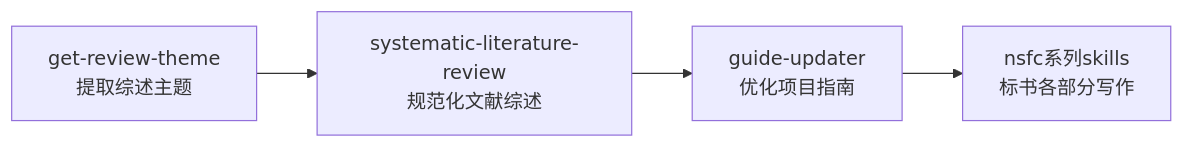
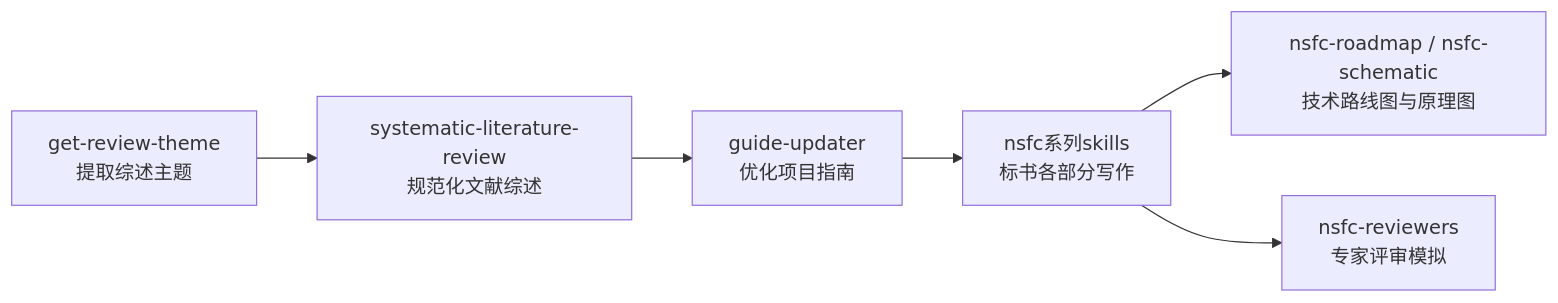
The diagram in skills/README.md (huangwb8/ChineseResearchLaTeX), drawn with Mermaid before and after one commit. The commit also changed other lines of this file and 4 other files, not shown here.

First line of the commit message:
docs(skills): 集成 nsfc-reviewers/nsfc-roadmap/nsfc-schematic 技能文档

````diff
--- a/skills/README.md
+++ b/skills/README.md
@@ -11,6 +11,8 @@
 ```mermaid
 graph LR
     A[get-review-theme<br>提取综述主题] --> B[systematic-literature-review<br>规范化文献综述]
     B --> C[guide-updater<br>优化项目指南]
     C --> D[nsfc系列skills<br>标书各部分写作]
+    D --> E[nsfc-roadmap / nsfc-schematic<br>技术路线图与原理图]
+    D --> F[nsfc-reviewers<br>专家评审模拟]
 ```
````
